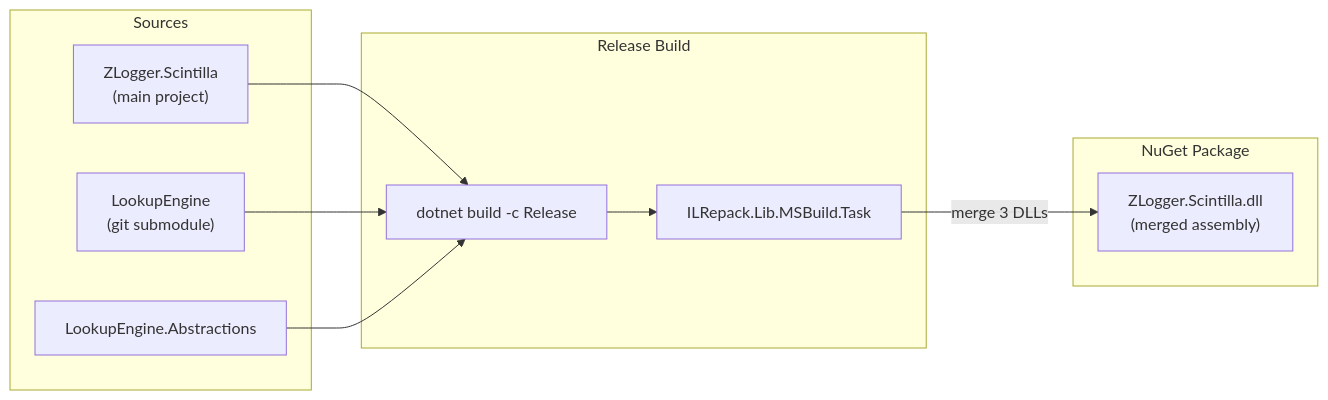
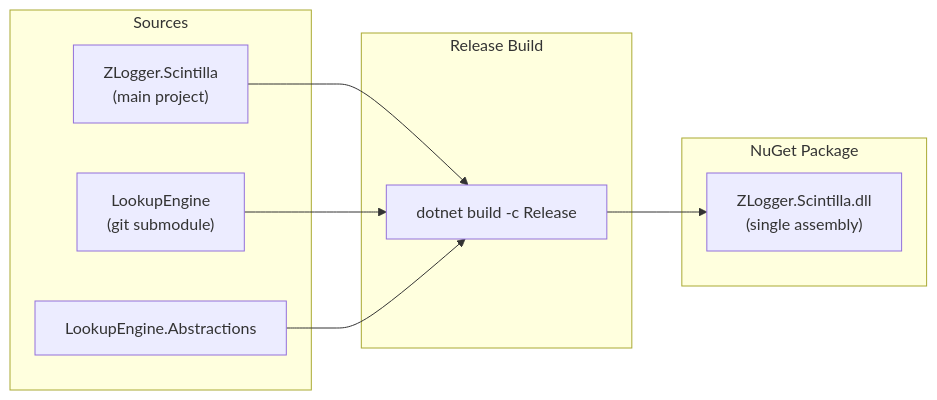
The eighth of 8 diagrams in docs/architecture.md (trgiangv/ZLogger.Scintilla), drawn with Mermaid before and after one commit. The commit also changed other lines of this file and 6 other files, not shown here.

````diff
--- a/docs/architecture.md
+++ b/docs/architecture.md
@@ -351,23 +380,21 @@
 ```mermaid
 flowchart LR
     subgraph Sources
         Main["ZLogger.Scintilla<br/>(main project)"]
         LE["LookupEngine<br/>(git submodule)"]
         LEA["LookupEngine.Abstractions"]
     end
 
     subgraph Build["Release Build"]
         Compile["dotnet build -c Release"]
-        ILRepack["ILRepack.Lib.MSBuild.Task"]
     end
 
     subgraph Output["NuGet Package"]
-        Merged["ZLogger.Scintilla.dll<br/>(merged assembly)"]
+        Merged["ZLogger.Scintilla.dll<br/>(single assembly)"]
     end
 
     Main --> Compile
     LE --> Compile
     LEA --> Compile
-    Compile --> ILRepack
-    ILRepack -->|"merge 3 DLLs"| Merged
+    Compile --> Merged
 ```
````
